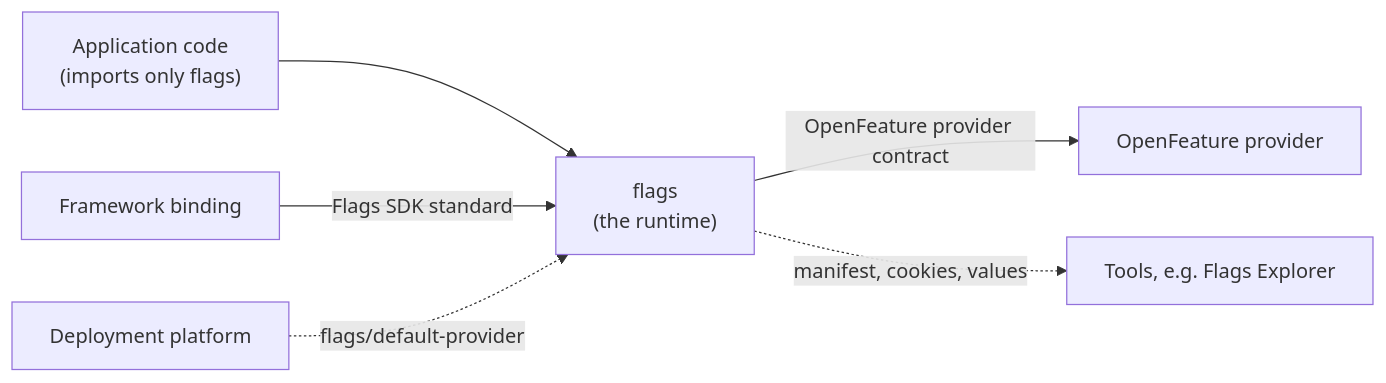
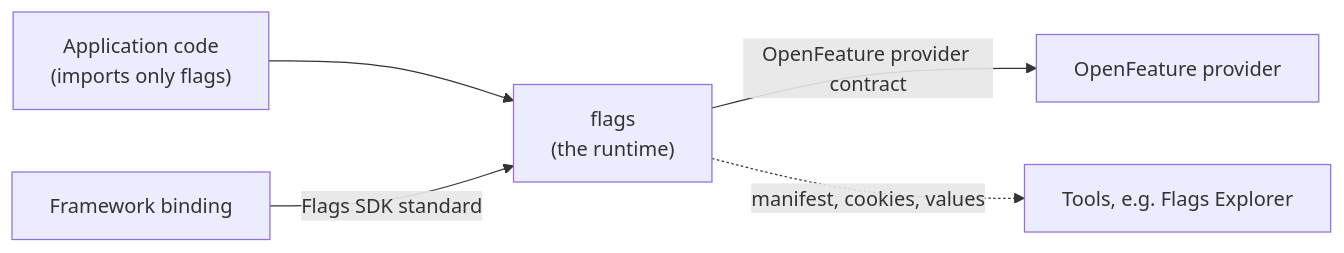
Before and after one commit to vercel/flags: the diagram in apps/docs/content/docs/standard/index.mdx, drawn with Mermaid. The commit also changed other lines of this file and 43 other files, not shown here.

````diff
--- a/apps/docs/content/docs/standard/index.mdx
+++ b/apps/docs/content/docs/standard/index.mdx
@@ -41,8 +41,7 @@
 ```mermaid
 flowchart LR
   App["Application code<br/>(imports only flags)"] --> SDK["flags<br/>(the runtime)"]
   Framework["Framework binding"] -- "Flags SDK standard" --> SDK
   SDK -- "OpenFeature provider contract" --> Provider["OpenFeature provider"]
   SDK -. "manifest, cookies, values" .-> Tools["Tools, e.g. Flags Explorer"]
-  Platform["Deployment platform"] -. "flags/default-provider" .-> SDK
 ```
````
